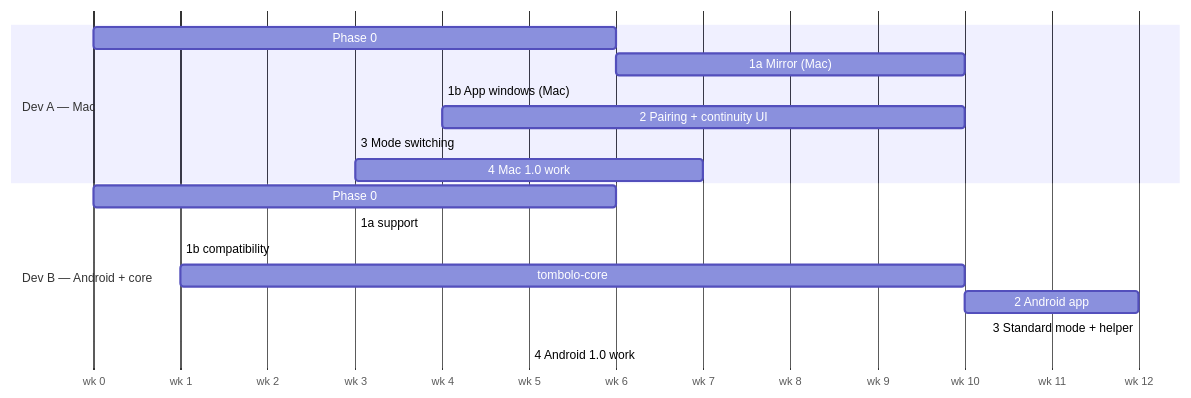
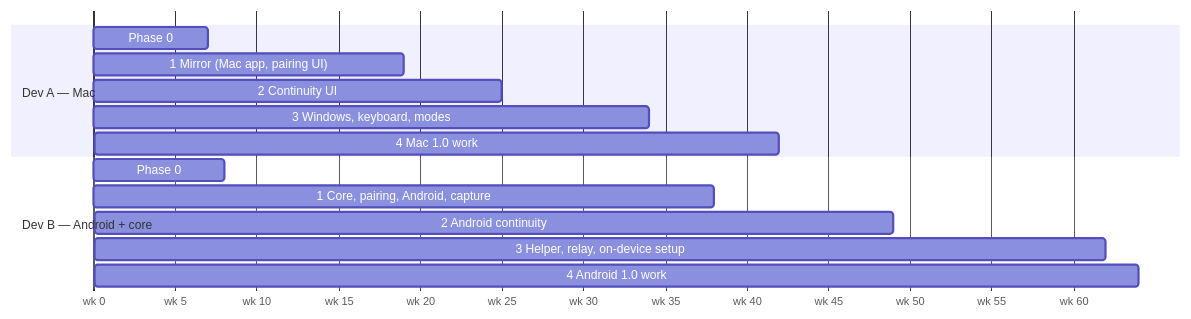
The diagram in docs/implementation-plan.md (SaidulBadhon/tombolo), drawn with Mermaid before and after one commit. The commit also changed other lines of this file, not shown here.

First line of the commit message:
Implementation plan: apply the Standard-first re-plan (A1)

````diff
--- a/docs/implementation-plan.md
+++ b/docs/implementation-plan.md
@@ -249,20 +326,18 @@
 ```mermaid
 gantt
   dateFormat  X
   axisFormat  wk %s
+  %% Each bar is "start week, end week" (mermaid reads the last number as an end, not a length).
   section Dev A — Mac
-  Phase 0                        :a0, 0, 6
-  1a Mirror (Mac)                :a1, after a0, 10
-  1b App windows (Mac)           :a2, after a1, 4
-  2 Pairing + continuity UI      :a3, after a2, 10
-  3 Mode switching               :a4, after a3, 3
-  4 Mac 1.0 work                 :a5, after a4, 7
+  Phase 0                          :a0, 0, 7
+  1 Mirror (Mac app, pairing UI)   :a1, 7, 19
+  2 Continuity UI                  :a2, 19, 25
+  3 Windows, keyboard, modes       :a3, 25, 34
+  4 Mac 1.0 work                   :a4, 34, 42
   section Dev B — Android + core
-  Phase 0                        :b0, 0, 6
-  1a support                     :b1, after b0, 3
-  1b compatibility               :b2, after b1, 1
-  tombolo-core                   :b3, after b2, 10
-  2 Android app                  :b4, after b3, 12
-  3 Standard mode + helper       :b5, after b4, 12
-  4 Android 1.0 work             :b6, after b5, 5
+  Phase 0                          :b0, 0, 8
+  1 Core, pairing, Android, capture :b1, 8, 38
+  2 Android continuity             :b2, 38, 49
+  3 Helper, relay, on-device setup :b3, 49, 62
+  4 Android 1.0 work               :b4, 62, 64
 ```
````
